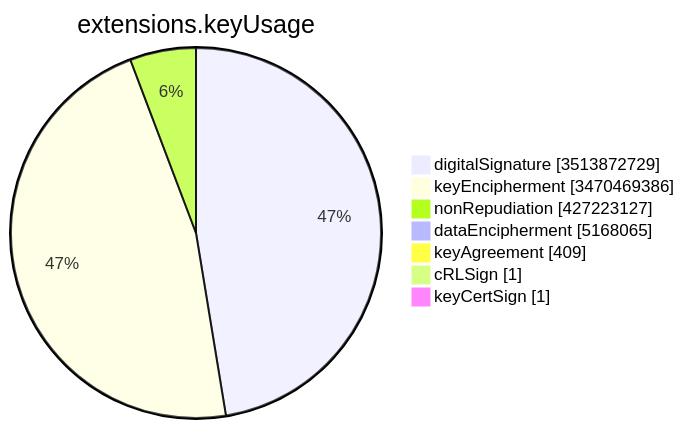
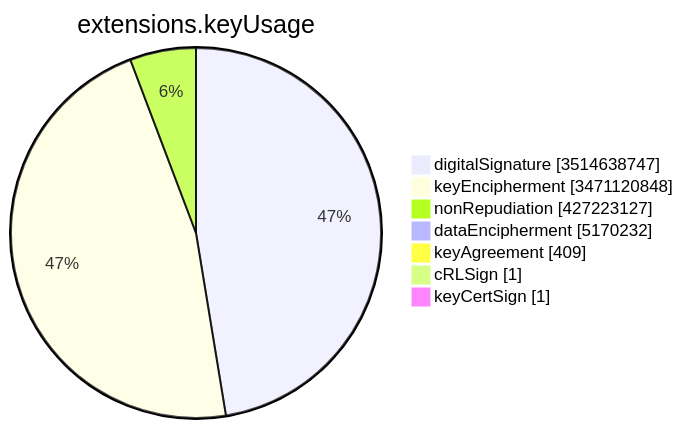
The sixth of 15 diagrams in TOTAL/README.md (christiankrug/ctmonitor_visualization), drawn with Mermaid before and after one commit. The commit also changed other lines of this file, not shown here.

````diff
--- a/TOTAL/README.md
+++ b/TOTAL/README.md
@@ -3083,11 +3083,11 @@
 ```mermaid
 pie showData
 title extensions.keyUsage
-"digitalSignature" :3513872729
-"keyEncipherment" :3470469386
+"digitalSignature" :3514638747
+"keyEncipherment" :3471120848
 "nonRepudiation" :427223127
-"dataEncipherment" :5168065
+"dataEncipherment" :5170232
 "keyAgreement" :409
 "cRLSign" :1
 "keyCertSign" :1
 ```
````
